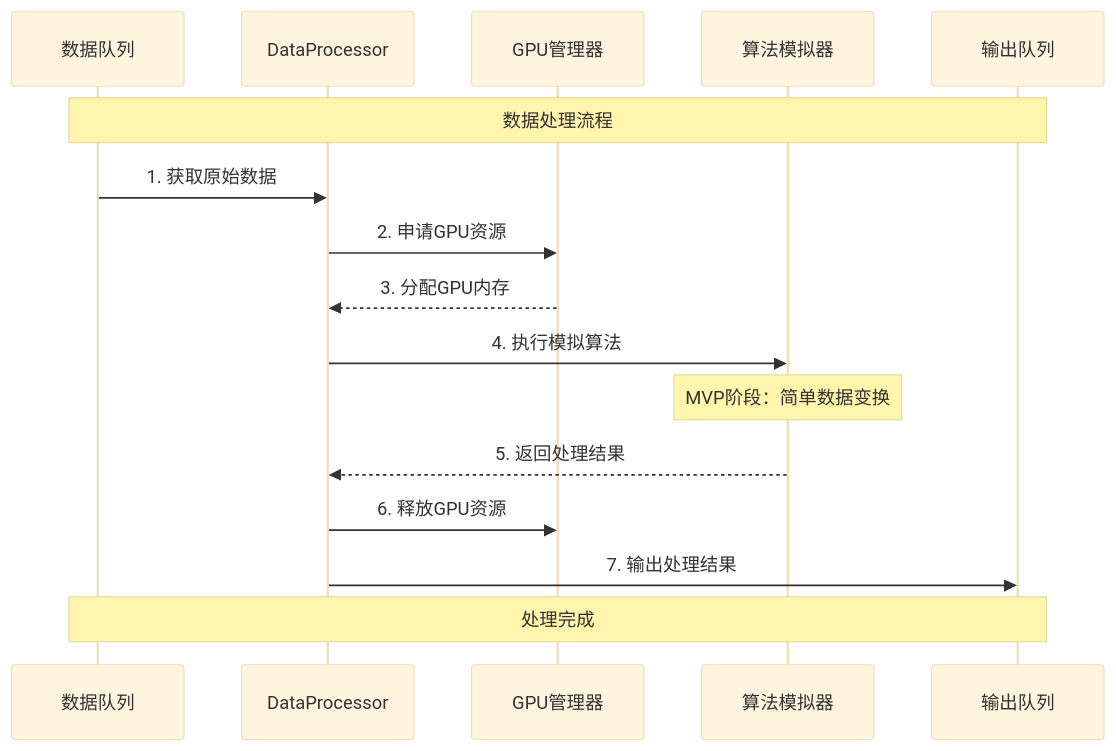
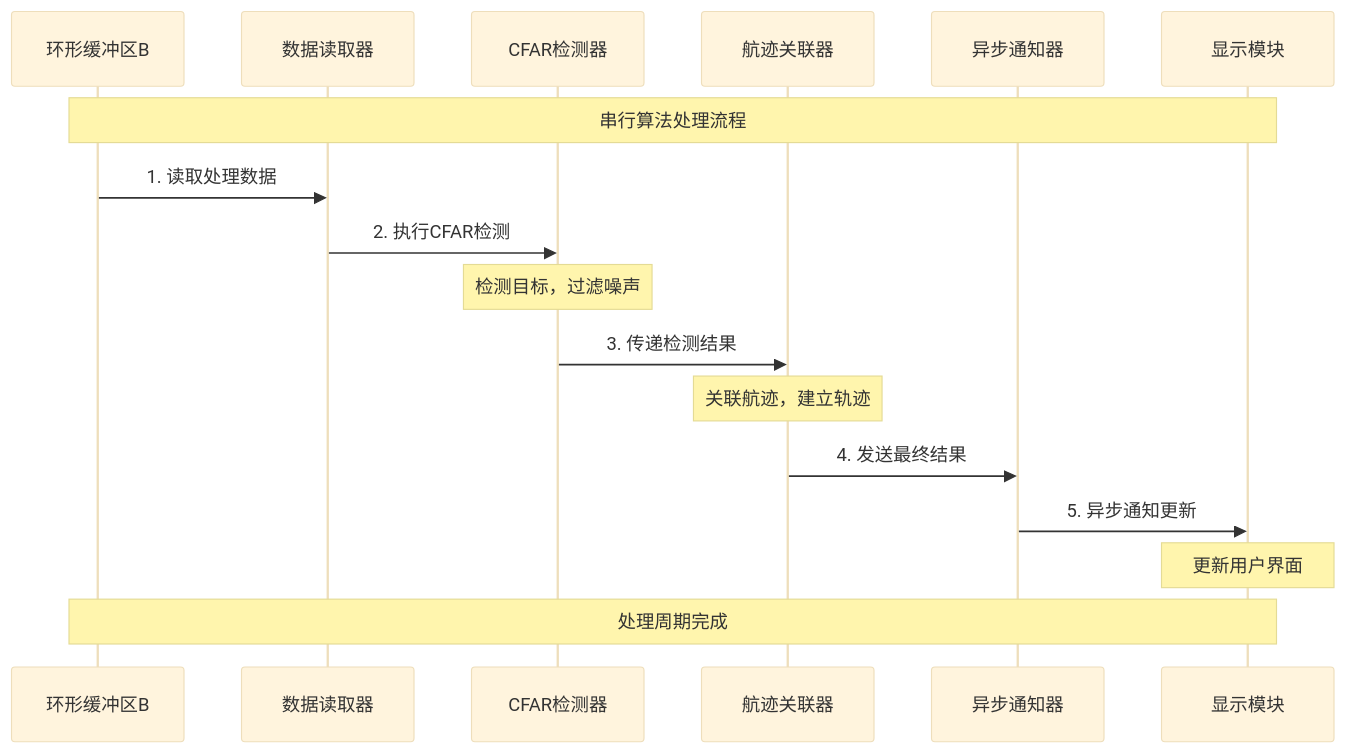
The ninth of 51 diagrams in docs/01_项目设计/MVP系统设计文档.md (wendizhou99-cell/Radar), drawn with Mermaid (base theme) before and after one commit. The commit also changed other lines of this file and 208 other files, not shown here.

````diff
--- a/docs/01_项目设计/MVP系统设计文档.md
+++ b/docs/01_项目设计/MVP系统设计文档.md
@@ -478,23 +602,22 @@
 ```mermaid
 sequenceDiagram
-    participant Queue as 数据队列
-    participant Processor as DataProcessor
-    participant GPU as GPU管理器
-    participant Simulator as 算法模拟器
-    participant OutQueue as 输出队列
+    participant Buffer as 环形缓冲区B
+    participant Reader as 数据读取器
+    participant CFAR as CFAR检测器
+    participant Tracker as 航迹关联器
+    participant Notifier as 异步通知器
+    participant Display as 显示模块
 
-    Note over Queue,OutQueue: 数据处理流程
+    Note over Buffer,Display: 串行算法处理流程
 
-    Queue->>Processor: 1. 获取原始数据
-    Processor->>GPU: 2. 申请GPU资源
-    GPU-->>Processor: 3. 分配GPU内存
+    Buffer->>Reader: 1. 读取处理数据
+    Reader->>CFAR: 2. 执行CFAR检测
+    Note over CFAR: 检测目标，过滤噪声
+    CFAR->>Tracker: 3. 传递检测结果
+    Note over Tracker: 关联航迹，建立轨迹
+    Tracker->>Notifier: 4. 发送最终结果
+    Notifier->>Display: 5. 异步通知更新
+    Note over Display: 更新用户界面
 
-    Processor->>Simulator: 4. 执行模拟算法
-    Note over Simulator: MVP阶段：简单数据变换
-    Simulator-->>Processor: 5. 返回处理结果
-
-    Processor->>GPU: 6. 释放GPU资源
-    Processor->>OutQueue: 7. 输出处理结果
-
-    Note over Queue,OutQueue: 处理完成
+    Note over Buffer,Display: 处理周期完成
 ```
````
